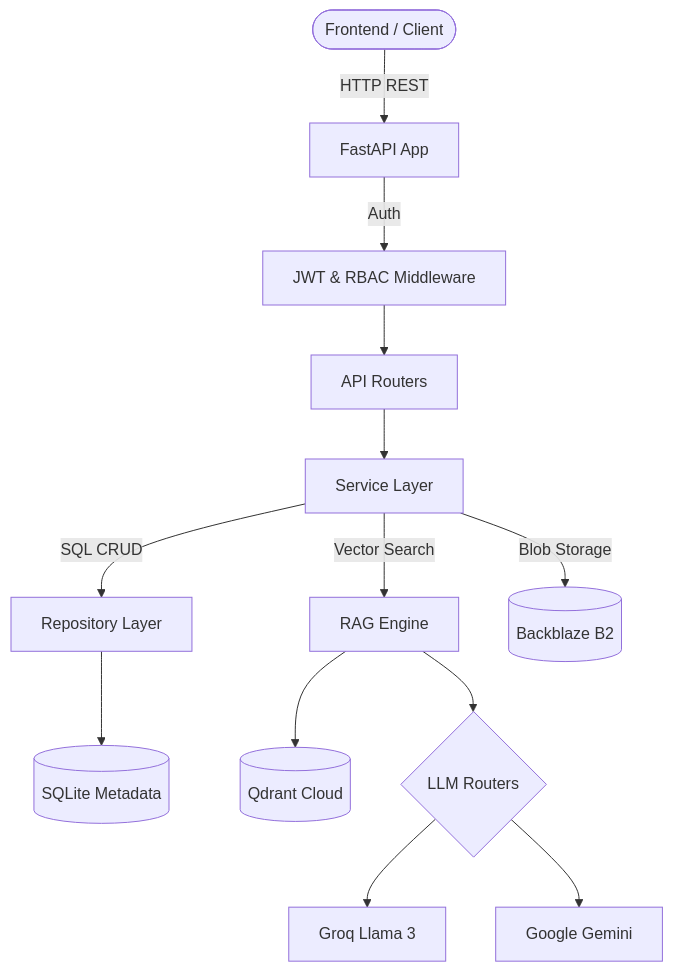
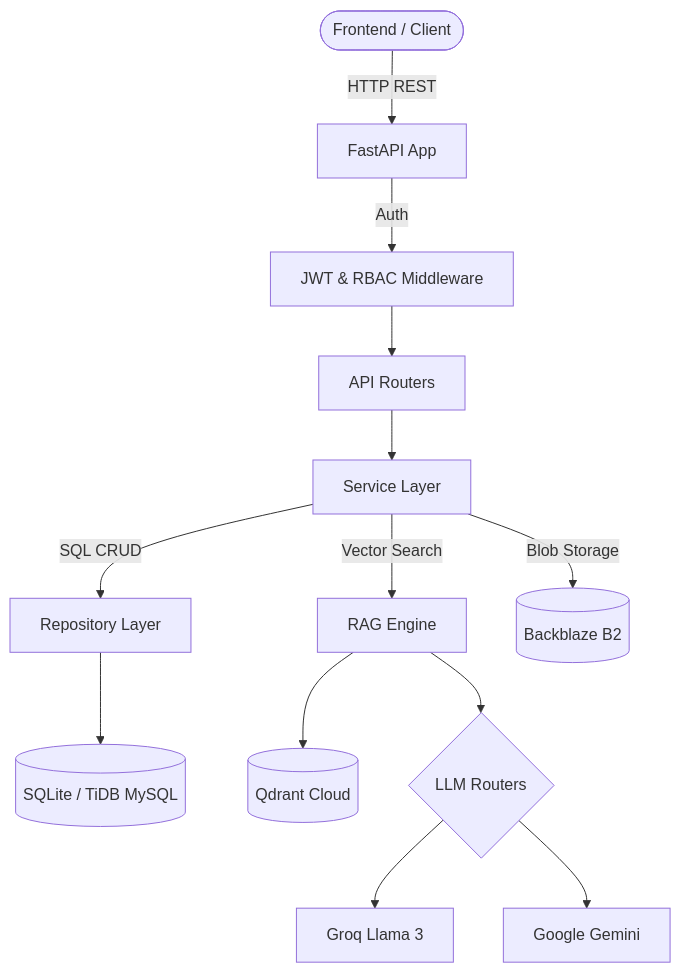
The diagram in backend/README.md (atharv0894/RATAN), drawn with Mermaid before and after one commit. The commit also changed other lines of this file and 1 other file, not shown here.

Commit message:
Docs: Update README to document TiDB dual-database architecture

````diff
--- a/backend/README.md
+++ b/backend/README.md
@@ -7,21 +7,21 @@
 ```mermaid
 graph TD
     Client([Frontend / Client]) --> |HTTP REST| FastAPI[FastAPI App]
     
     FastAPI --> |Auth| Middleware[JWT & RBAC Middleware]
     Middleware --> Routers[API Routers]
     
     Routers --> ServiceLayer[Service Layer]
     
     ServiceLayer --> |SQL CRUD| Repositories[Repository Layer]
-    Repositories --> SQLite[(SQLite Metadata)]
+    Repositories --> SQLDB[(SQLite / TiDB MySQL)]
     
     ServiceLayer --> |Vector Search| RAGEngine[RAG Engine]
     RAGEngine --> Qdrant[(Qdrant Cloud)]
     RAGEngine --> LLMs{LLM Routers}
     
     LLMs --> Groq[Groq Llama 3]
     LLMs --> Gemini[Google Gemini]
     
     ServiceLayer --> |Blob Storage| Backblaze[(Backblaze B2)]
 ```
````
